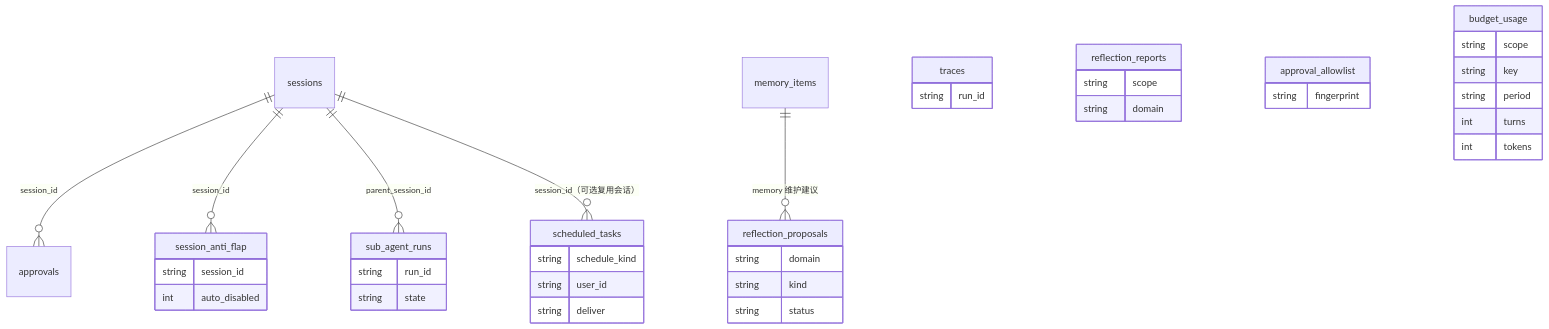
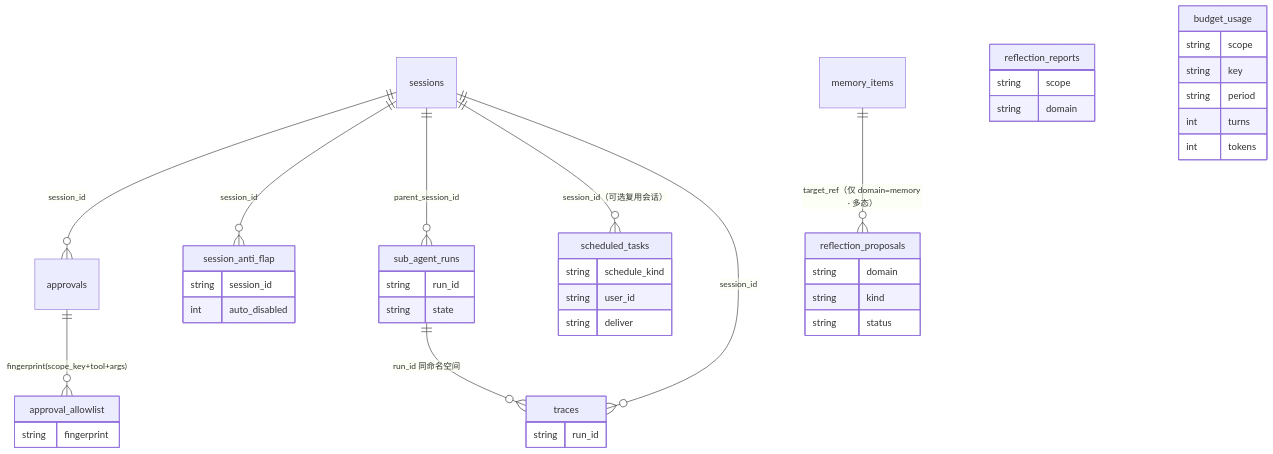
Before and after one commit to Summy2104/fleetent: the third of 4 diagrams in docs/architecture/data-model.md, drawn with Mermaid. The commit also changed other lines of this file, not shown here.

Commit message:
docs(data-model): connect remaining agent-side relationships in 3.3
Audit found four code-real relationships missing or imprecise in the
per-agent ER diagram:
- traces.session_id -> sessions (queried by query_trace_events) was undrawn
- traces.run_id <-> sub_agent_runs.run_id was note-only; now an edge for
  parity with parent_session_id
- approval_allowlist was a floating node; draw its computed-fingerprint
  link to approvals (scope_key=requester_user_id + tool + args)
- memory_items -> reflection_proposals relabeled as the polymorphic
  target_ref it actually is (domain=memory only)
Notes rewritten accordingly (allowlist fingerprint mechanism, traces
dual linkage). report_id edge stays out — lands with link-proposal-to-report.

````diff
--- a/docs/architecture/data-model.md
+++ b/docs/architecture/data-model.md
@@ -163,43 +163,46 @@
 ```mermaid
 erDiagram
   sessions ||--o{ approvals : "session_id"
   sessions ||--o{ session_anti_flap : "session_id"
   sessions ||--o{ sub_agent_runs : "parent_session_id"
   sessions ||--o{ scheduled_tasks : "session_id（可选复用会话）"
-  memory_items ||--o{ reflection_proposals : "memory 维护建议"
+  sessions ||--o{ traces : "session_id"
+  sub_agent_runs ||--o{ traces : "run_id 同命名空间"
+  memory_items ||--o{ reflection_proposals : "target_ref（仅 domain=memory · 多态）"
+  approvals ||--o{ approval_allowlist : "fingerprint(scope_key+tool+args)"
   scheduled_tasks {
     string schedule_kind
     string user_id
     string deliver
   }
   traces {
     string run_id
   }
   reflection_reports {
     string scope
     string domain
   }
   reflection_proposals {
     string domain
     string kind
     string status
   }
   approval_allowlist {
     string fingerprint
   }
   session_anti_flap {
     string session_id
     int auto_disabled
   }
   sub_agent_runs {
     string run_id
     string state
   }
   budget_usage {
     string scope
     string key
     string period
     int turns
     int tokens
   }
 ```
````
